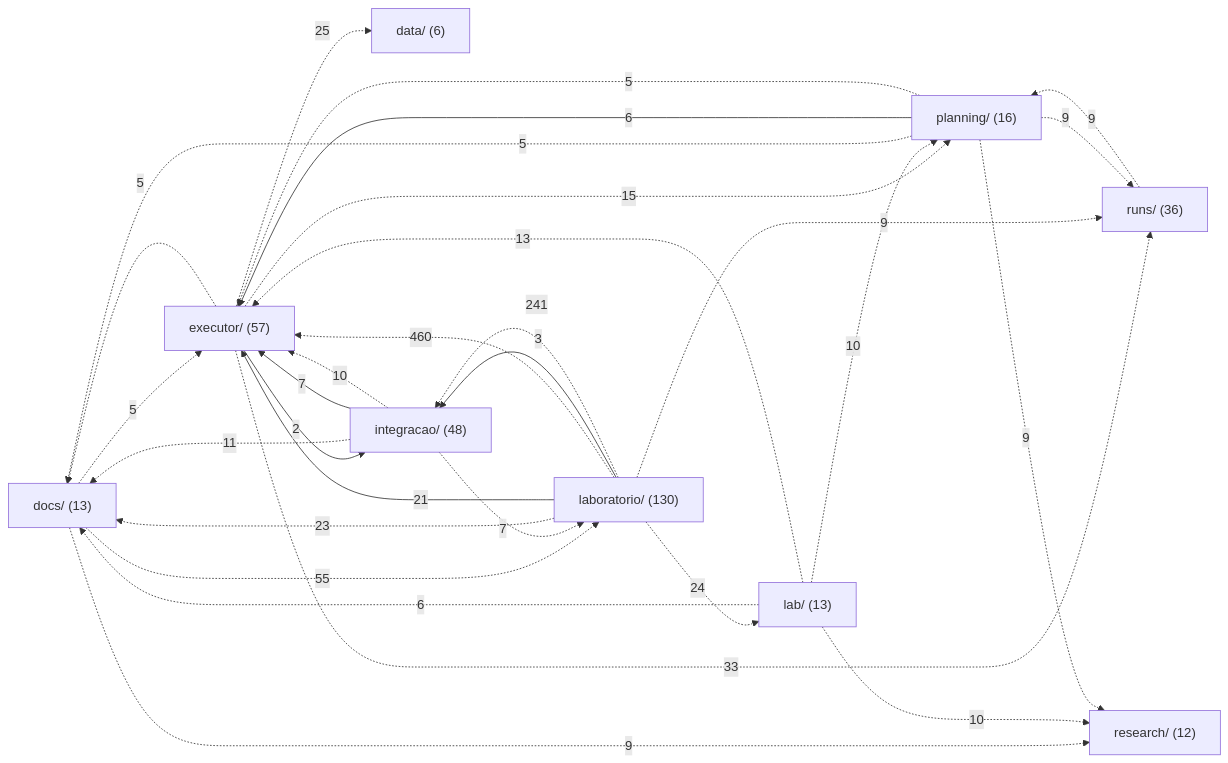
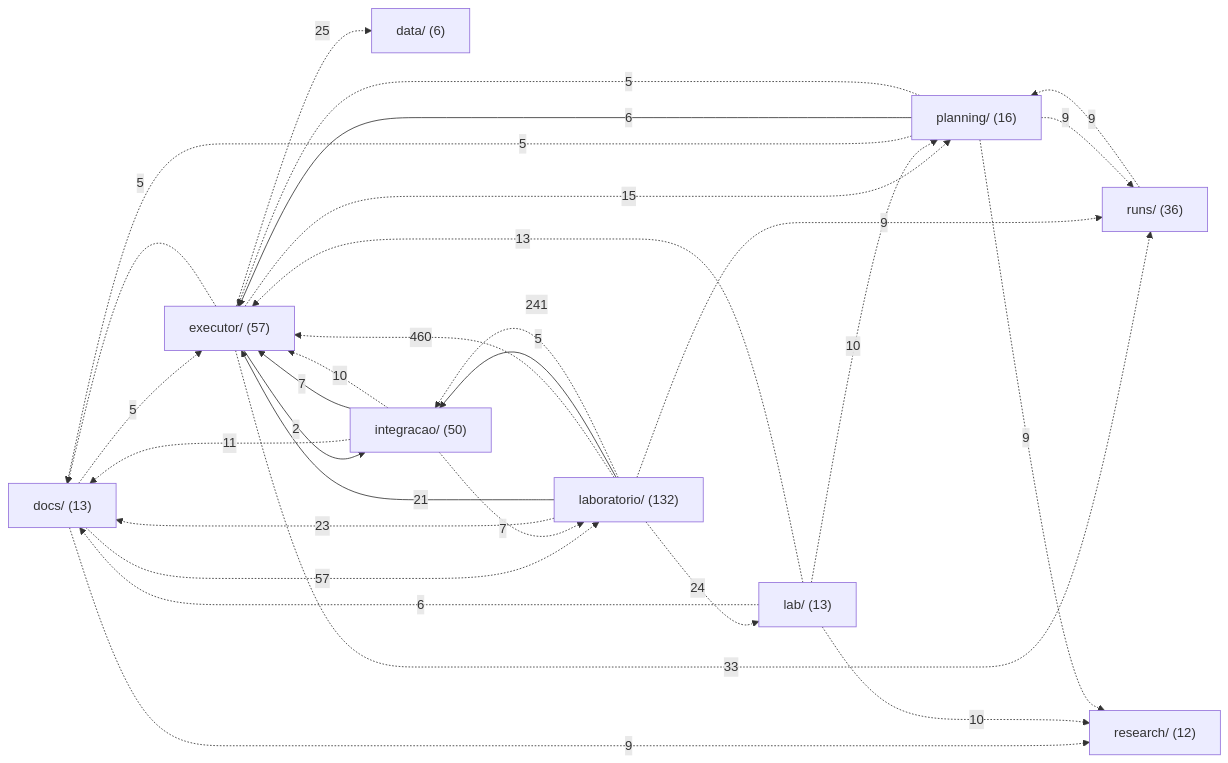
Before and after one commit to igormorais123/JEV: the second of 3 diagrams in MAPA.md, drawn with Mermaid. The commit also changed other lines of this file and 47 other files, not shown here.

````diff
--- a/MAPA.md
+++ b/MAPA.md
@@ -146,41 +147,41 @@
 ```mermaid
 flowchart LR
   n_data["data/ (6)"]
   n_docs["docs/ (13)"]
   n_executor["executor/ (57)"]
-  n_integracao["integracao/ (48)"]
+  n_integracao["integracao/ (50)"]
   n_lab["lab/ (13)"]
-  n_laboratorio["laboratorio/ (130)"]
+  n_laboratorio["laboratorio/ (132)"]
   n_planning["planning/ (16)"]
   n_research["research/ (12)"]
   n_runs["runs/ (36)"]
   n_docs -.->|5| n_executor
-  n_docs -.->|55| n_laboratorio
+  n_docs -.->|57| n_laboratorio
   n_docs -.->|9| n_research
   n_executor -.->|25| n_data
   n_executor -.->|5| n_docs
   n_executor -->|2| n_integracao
   n_executor -.->|15| n_planning
   n_executor -.->|33| n_runs
   n_integracao -.->|11| n_docs
   n_integracao -->|7| n_executor
   n_integracao -.->|10| n_executor
   n_integracao -.->|7| n_laboratorio
   n_lab -.->|6| n_docs
   n_lab -.->|13| n_executor
   n_lab -.->|10| n_planning
   n_lab -.->|10| n_research
   n_laboratorio -.->|23| n_docs
   n_laboratorio -->|21| n_executor
   n_laboratorio -.->|460| n_executor
-  n_laboratorio -->|3| n_integracao
+  n_laboratorio -->|5| n_integracao
   n_laboratorio -.->|241| n_integracao
   n_laboratorio -.->|24| n_lab
   n_laboratorio -.->|9| n_runs
   n_planning -.->|5| n_docs
   n_planning -->|6| n_executor
   n_planning -.->|5| n_executor
   n_planning -.->|9| n_research
   n_planning -.->|9| n_runs
   n_runs -.->|9| n_planning
 ```
````
